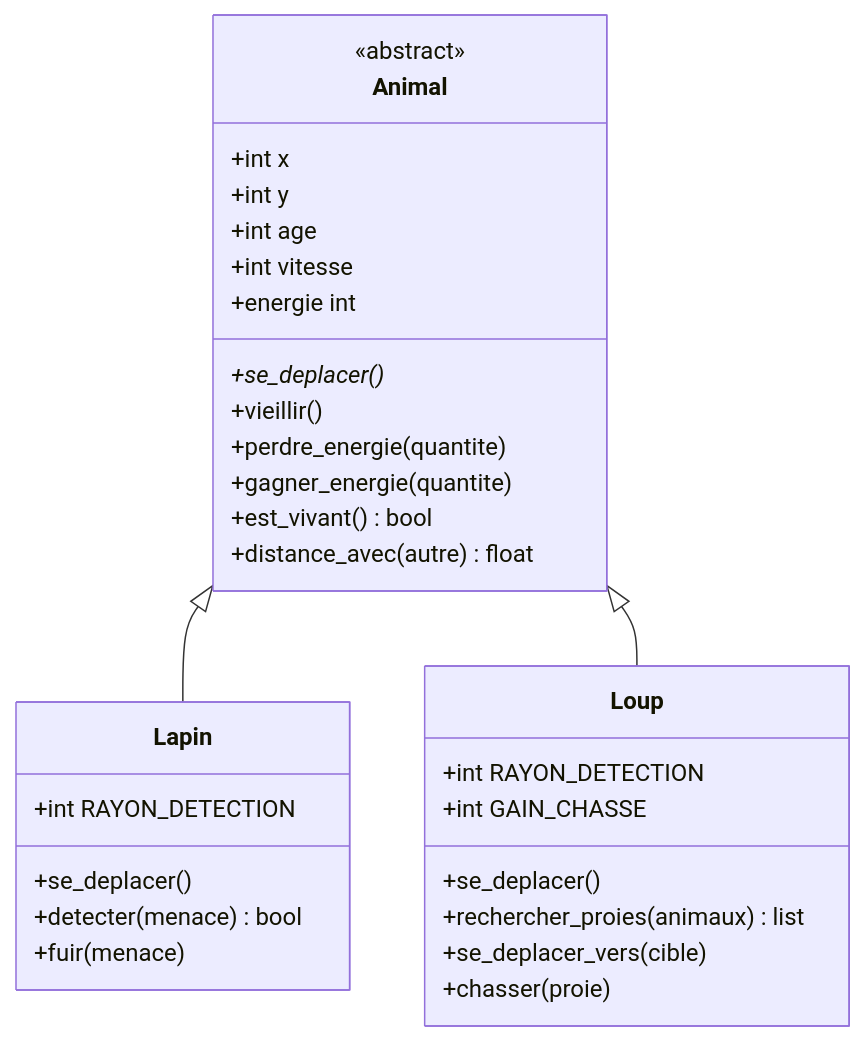
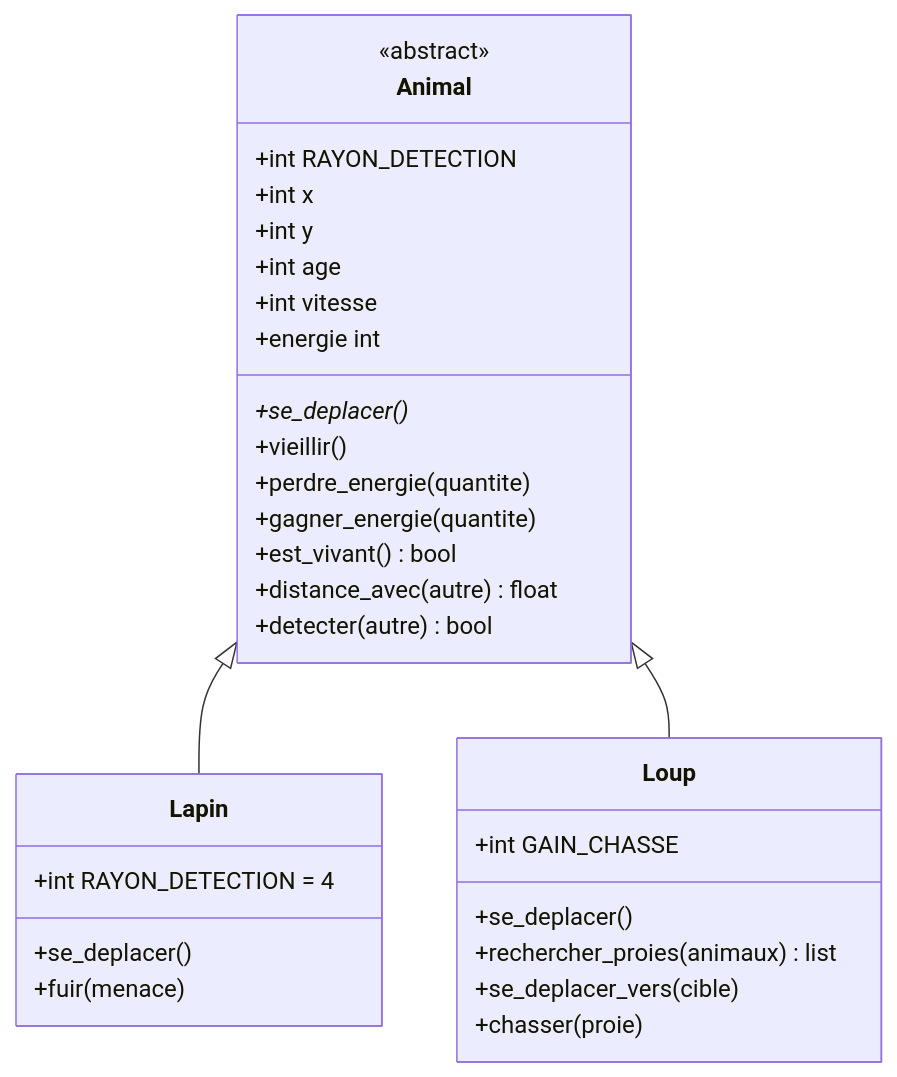
Before and after one commit to hmty-CHEN/POO-TP1: the second of 2 diagrams in traduction-rapport.md, drawn with Mermaid. The commit also changed other lines of this file and 4 other files, not shown here.

Commit message:
Deplacement du rayon de detection dans Animal

````diff
--- a/traduction-rapport.md
+++ b/traduction-rapport.md
@@ -56,33 +56,33 @@
 ```mermaid
 classDiagram
     class Animal {
         <<abstract>>
+        +int RAYON_DETECTION
         +int x
         +int y
         +int age
         +int vitesse
         +energie int
         +se_deplacer()*
         +vieillir()
         +perdre_energie(quantite)
         +gagner_energie(quantite)
         +est_vivant() bool
         +distance_avec(autre) float
+        +detecter(autre) bool
     }
     class Lapin {
-        +int RAYON_DETECTION
+        +int RAYON_DETECTION = 4
         +se_deplacer()
-        +detecter(menace) bool
         +fuir(menace)
     }
     class Loup {
-        +int RAYON_DETECTION
         +int GAIN_CHASSE
         +se_deplacer()
         +rechercher_proies(animaux) list
         +se_deplacer_vers(cible)
         +chasser(proie)
     }
     Animal <|-- Lapin
     Animal <|-- Loup
 ```
````
